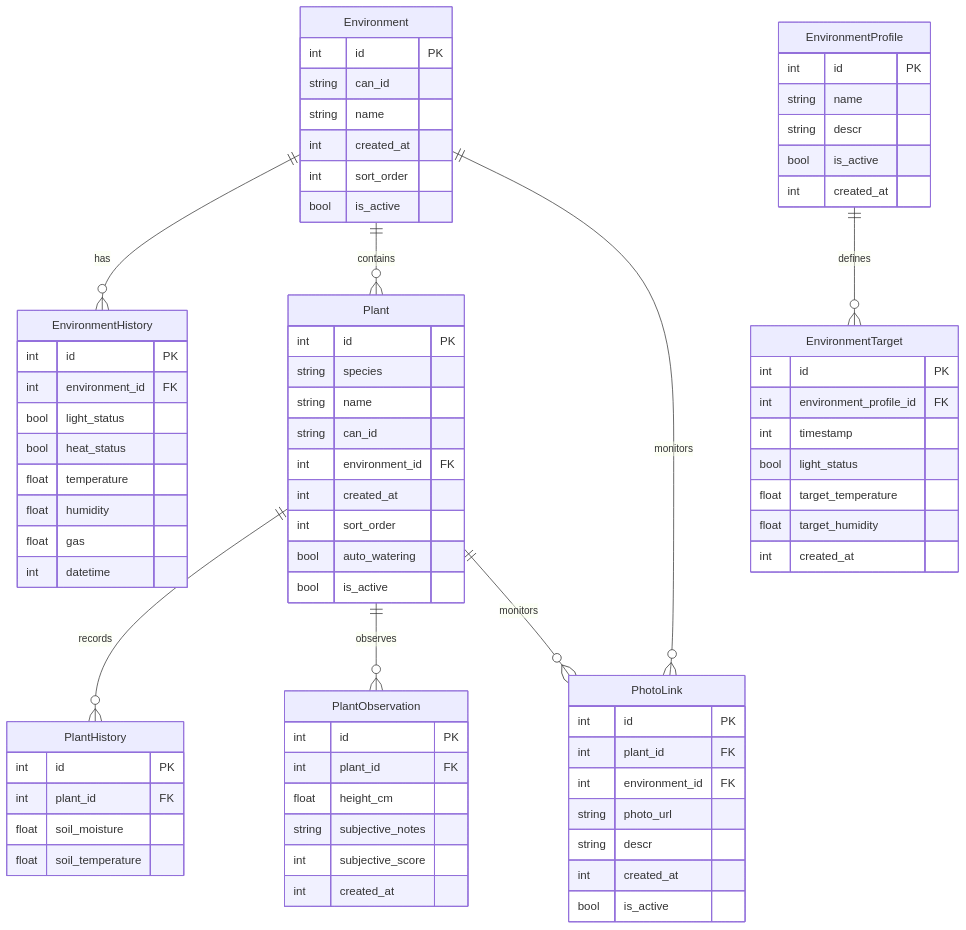
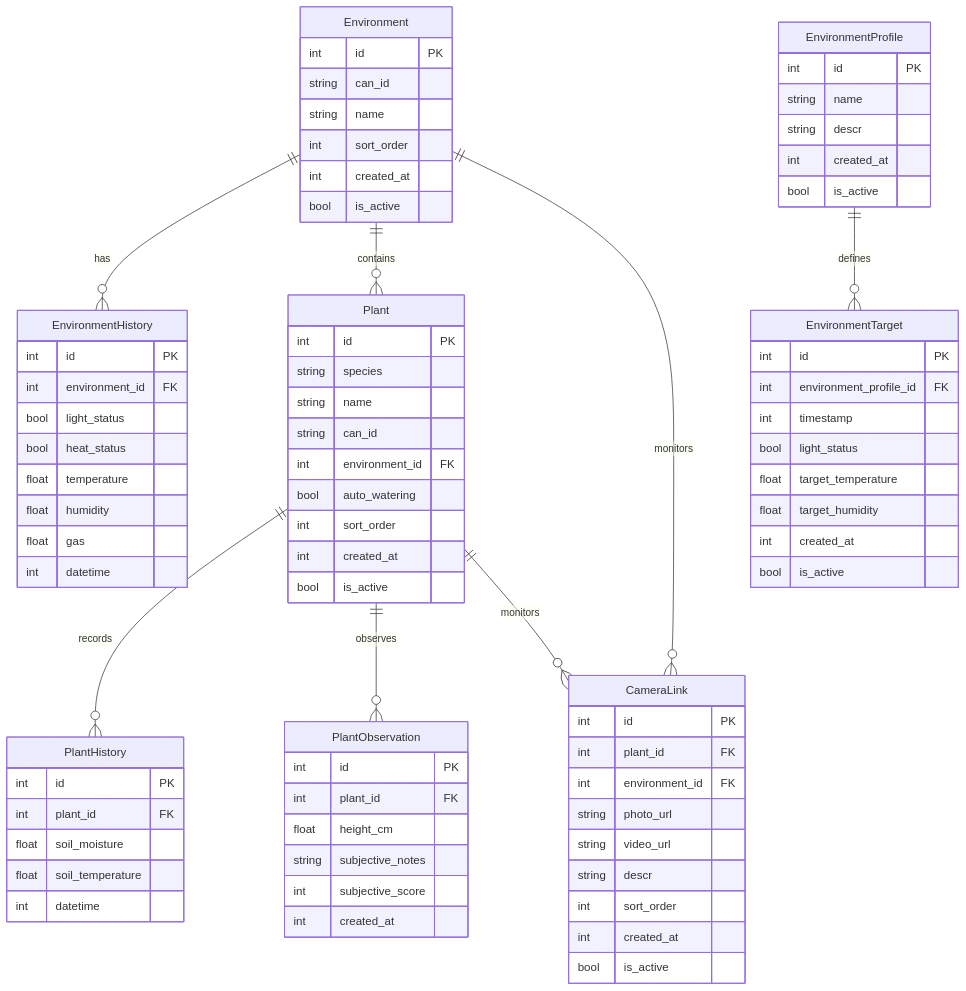
One commit to srenner/CANgrow changed the diagram in doc/ai_generated/db.md. Above: the diagram before and after it, drawn with Mermaid. The commit also changed other lines of this file and 1 other file, not shown here.

```diff
--- a/doc/ai_generated/db.md
+++ b/doc/ai_generated/db.md
@@ -6,18 +6,18 @@
 erDiagram
     Environment ||--o{ EnvironmentHistory : has
     Environment ||--o{ Plant : contains
-    Environment ||--o{ PhotoLink : monitors
+    Environment ||--o{ CameraLink : monitors
     EnvironmentProfile ||--o{ EnvironmentTarget : defines
     Plant ||--o{ PlantHistory : records
     Plant ||--o{ PlantObservation : observes
-    Plant ||--o{ PhotoLink : monitors
+    Plant ||--o{ CameraLink : monitors
 
     Environment {
         int id PK
         string can_id
         string name
+        int sort_order
         int created_at
-        int sort_order
         bool is_active
     }
 
@@ -25,8 +25,8 @@
         int id PK
         string name
         string descr
+        int created_at
         bool is_active
-        int created_at
     }
 
     EnvironmentHistory {
@@ -48,6 +48,7 @@
         float target_temperature
         float target_humidity
         int created_at
+        bool is_active
     }
 
     Plant {
@@ -56,9 +57,9 @@
         string name
         string can_id
         int environment_id FK
+        bool auto_watering
+        int sort_order
         int created_at
-        int sort_order
-        bool auto_watering
         bool is_active
     }
 
@@ -67,6 +68,7 @@
         int plant_id FK
         float soil_moisture
         float soil_temperature
+        int datetime
     }
 
     PlantObservation {
@@ -78,12 +80,14 @@
         int created_at
     }
 
-    PhotoLink {
+    CameraLink {
         int id PK
         int plant_id FK
         int environment_id FK
         string photo_url
+        string video_url
         string descr
+        int sort_order
         int created_at
         bool is_active
     }
```
